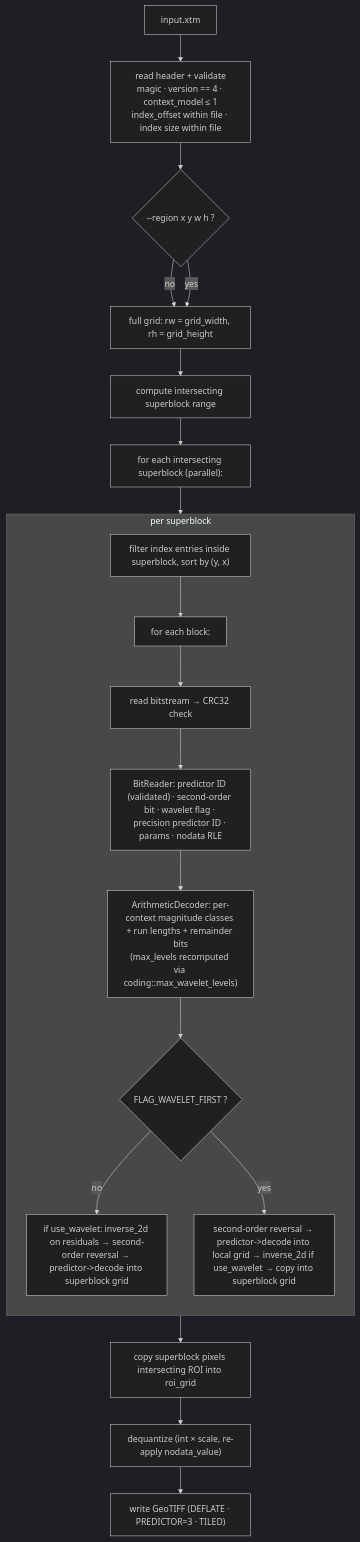
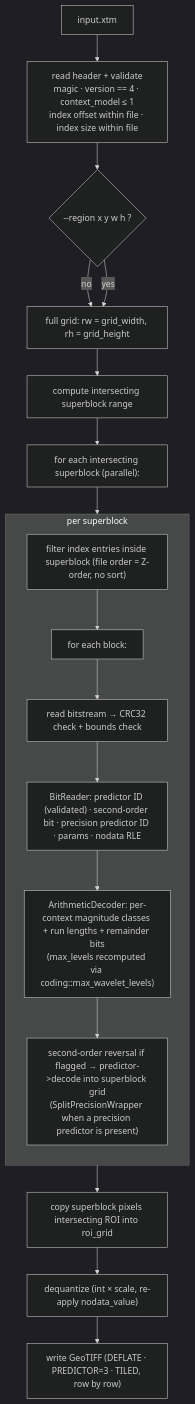
The eighth of 10 diagrams in docs/pipeline.md (yashwk/libxtm), drawn with Mermaid (dark theme) before and after one commit. The commit also changed other lines of this file and 2 other files, not shown here.

````diff
--- a/docs/pipeline.md
+++ b/docs/pipeline.md
@@ -369,26 +353,24 @@
 ```mermaid
 flowchart TB
-    X["input.xtm"] --> H["read header + validate<br/>magic · version == 4 · context_model ≤ 1<br/>index_offset within file · index size within file"]
+    X["input.xtm"] --> H["read header + validate<br/>magic · version == 4 · context_model ≤ 1<br/>index offset within file · index size within file"]
     H --> ROI{"--region x y w h ?"}
     ROI -- no --> ROI2["full grid: rw = grid_width, rh = grid_height"]
     ROI -- yes --> ROI2
     ROI2 --> SBX["compute intersecting superblock range"]
     SBX --> WORK["for each intersecting superblock (parallel):"]
 
     subgraph SB["per superblock"]
         direction TB
-        W1["filter index entries inside superblock, sort by (y, x)"]
+        W1["filter index entries inside superblock (file order = Z-order, no sort)"]
         W2["for each block:"]
-        W3["read bitstream → CRC32 check"]
-        W4["BitReader: predictor ID (validated) · second-order bit · wavelet flag · precision predictor ID · params · nodata RLE"]
+        W3["read bitstream → CRC32 check + bounds check"]
+        W4["BitReader: predictor ID (validated) · second-order bit · precision predictor ID · params · nodata RLE"]
         W5["ArithmeticDecoder: per-context magnitude classes + run lengths + remainder bits<br/>(max_levels recomputed via coding::max_wavelet_levels)"]
-        W6{"FLAG_WAVELET_FIRST ?"}
-        W6 -- no --> W7["if use_wavelet: inverse_2d on residuals → second-order reversal → predictor->decode into superblock grid"]
-        W6 -- yes --> W8["second-order reversal → predictor->decode into local grid → inverse_2d if use_wavelet → copy into superblock grid"]
+        W6["second-order reversal if flagged → predictor->decode into superblock grid<br/>(SplitPrecisionWrapper when a precision predictor is present)"]
         W1 --> W2 --> W3 --> W4 --> W5 --> W6
     end
 
     WORK --> SB --> MERGE["copy superblock pixels intersecting ROI into roi_grid"]
     MERGE --> DQ["dequantize (int × scale, re-apply nodata_value)"]
-    DQ --> OUT["write GeoTIFF (DEFLATE · PREDICTOR=3 · TILED)"]
+    DQ --> OUT["write GeoTIFF (DEFLATE · PREDICTOR=3 · TILED, row by row)"]
 ```
````
